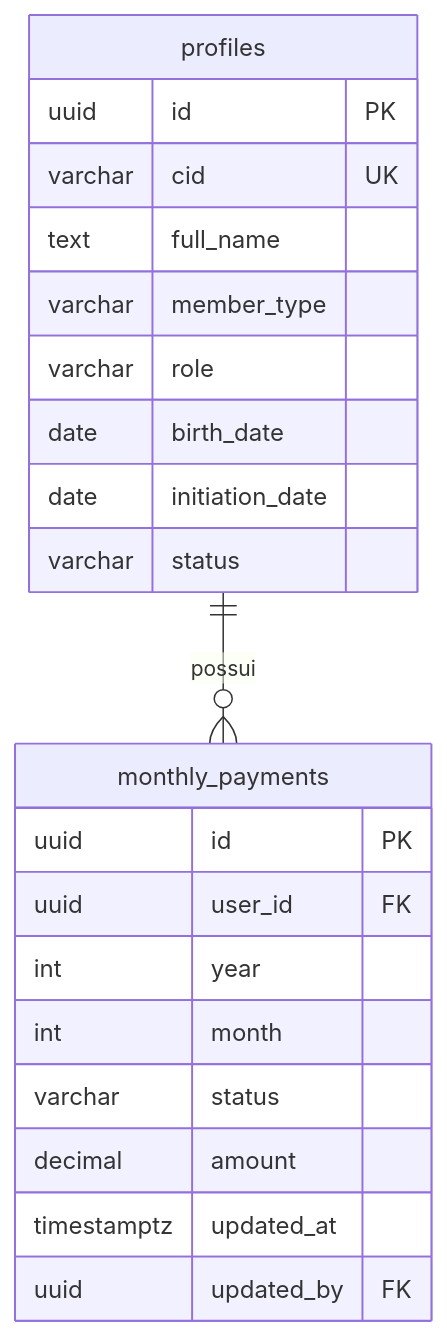
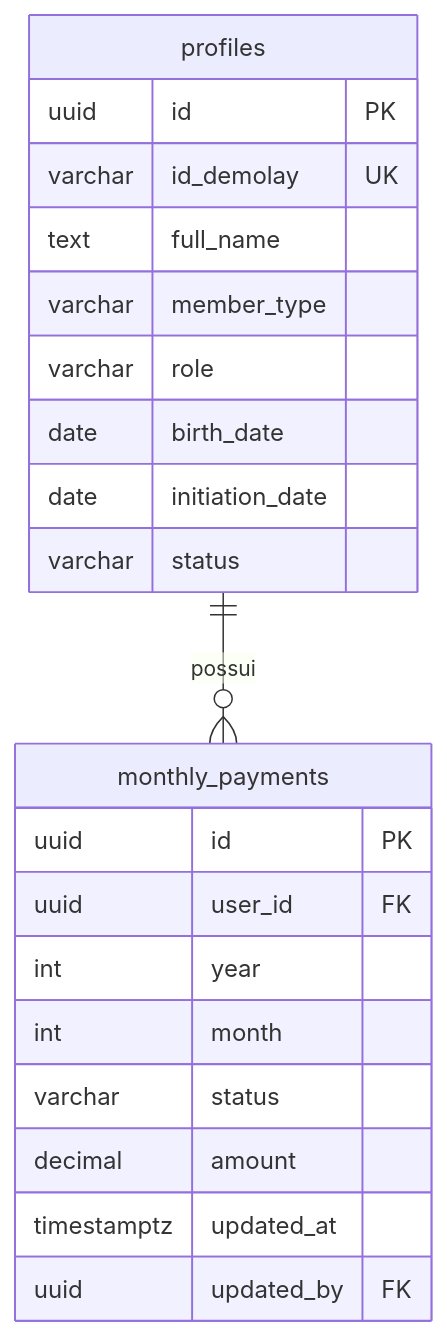
The second of 3 diagrams in README.md (jotamonteiro0/site-cn), drawn with Mermaid before and after one commit. The commit also changed other lines of this file and 30 other files, not shown here.

Commit message:
refactor: eliminar integralmente qualquer referencia a cid no banco e projeto substituindo por id_demolay

````diff
--- a/README.md
+++ b/README.md
@@ -308,24 +308,24 @@
 ```mermaid
 erDiagram
     profiles ||--o{ monthly_payments : possui
     profiles {
         uuid id PK
-        varchar cid UK
+        varchar id_demolay UK
         text full_name
         varchar member_type
         varchar role
         date birth_date
         date initiation_date
         varchar status
     }
     monthly_payments {
         uuid id PK
         uuid user_id FK
         int year
         int month
         varchar status
         decimal amount
         timestamptz updated_at
         uuid updated_by FK
     }
 ```
````
